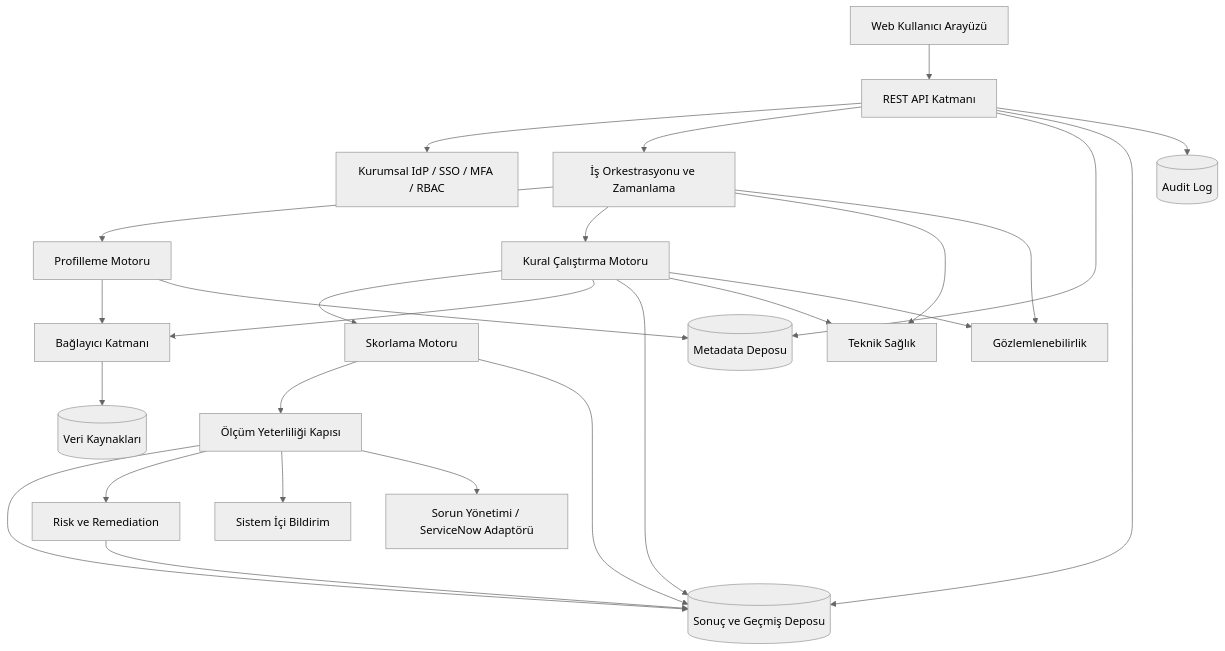
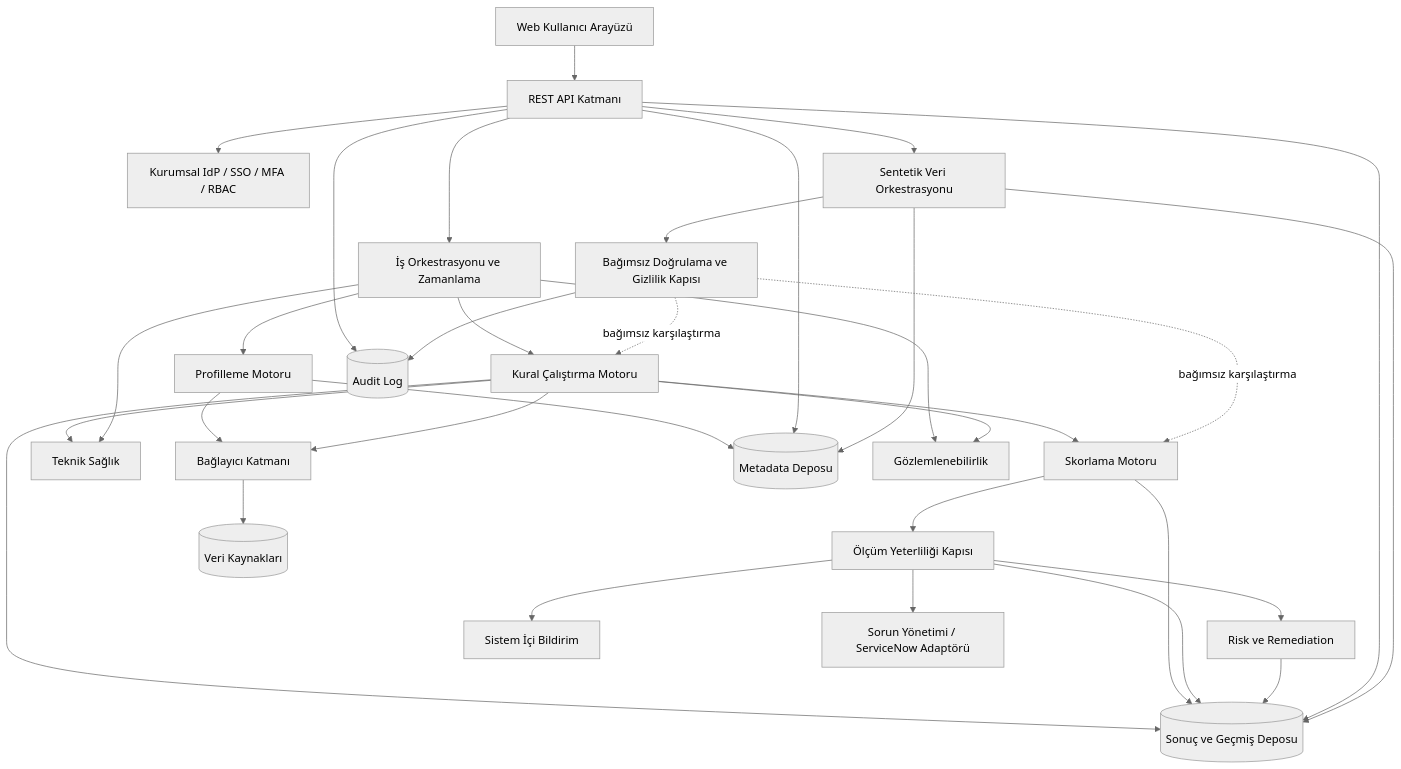
One commit to yusufipek2049/veri-kalitesi-sistemi changed the diagram in 02-Mimari/Mantiksal-Mimari.md. Above: the diagram before and after it, drawn with Mermaid (neutral theme). The commit also changed other lines of this file and 35 other files, not shown here.

Commit message:
Sentetik veri ve gizlilik hedef tasarımı

````diff
--- a/02-Mimari/Mantiksal-Mimari.md
+++ b/02-Mimari/Mantiksal-Mimari.md
@@ -38,47 +40,56 @@
 ```mermaid
 flowchart TB
     UI[Web Kullanıcı Arayüzü]
     API[REST API Katmanı]
     AUTH[Kurumsal IdP / SSO / MFA / RBAC]
     ORCH[İş Orkestrasyonu ve Zamanlama]
     PROF[Profilleme Motoru]
     RULE[Kural Çalıştırma Motoru]
     SCORE[Skorlama Motoru]
     QUAL[Ölçüm Yeterliliği Kapısı]
     RISK[Risk ve Remediation]
     HEALTH[Teknik Sağlık]
     NOTIF[Sistem İçi Bildirim]
     ISSUE[Sorun Yönetimi / ServiceNow Adaptörü]
     CONN[Bağlayıcı Katmanı]
     SRC[(Veri Kaynakları)]
     META[(Metadata Deposu)]
     HIST[(Sonuç ve Geçmiş Deposu)]
     AUDIT[(Audit Log)]
     OBS[Gözlemlenebilirlik]
+    SYN[Sentetik Veri Orkestrasyonu]
+    SYNVAL[Bağımsız Doğrulama ve Gizlilik Kapısı]
 
     UI --> API
     API --> AUTH
     API --> ORCH
     ORCH --> PROF
     ORCH --> RULE
     RULE --> SCORE
     SCORE --> QUAL
     PROF --> CONN
     RULE --> CONN
     CONN --> SRC
     PROF --> META
     RULE --> HIST
     SCORE --> HIST
     QUAL --> HIST
     QUAL --> RISK
     RULE --> HEALTH
     ORCH --> HEALTH
     RISK --> HIST
     QUAL --> NOTIF
     QUAL --> ISSUE
     API --> META
     API --> HIST
     API --> AUDIT
     ORCH --> OBS
     RULE --> OBS
+    API --> SYN
+    SYN --> META
+    SYN --> HIST
+    SYN --> SYNVAL
+    SYNVAL -. bağımsız karşılaştırma .-> RULE
+    SYNVAL -. bağımsız karşılaştırma .-> SCORE
+    SYNVAL --> AUDIT
 ```
````
